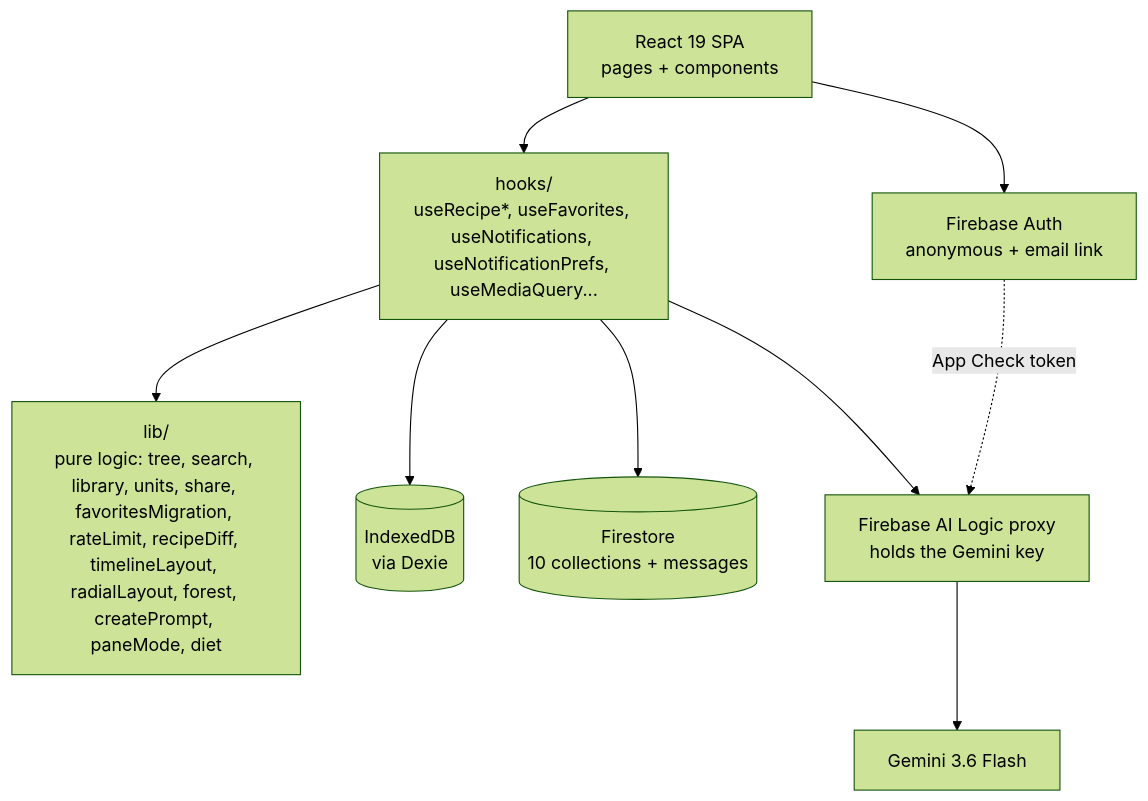
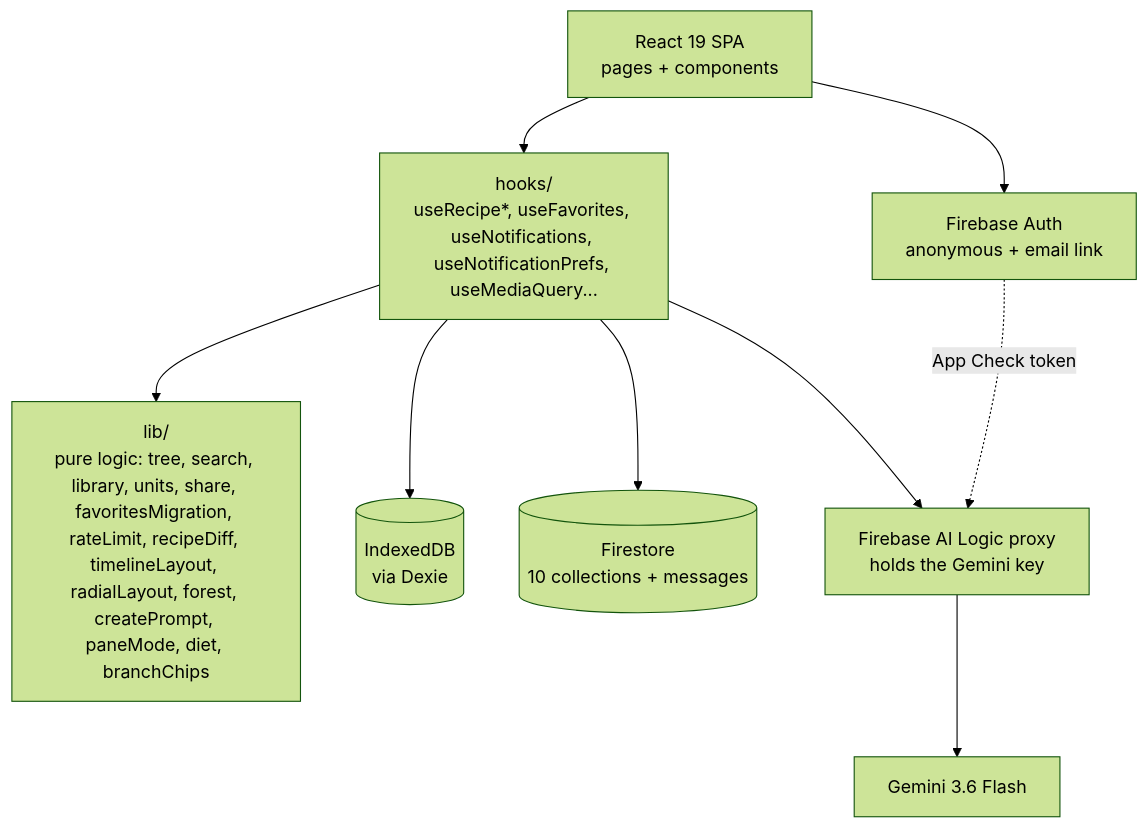
One commit to hpeppitt/recipe-app changed the diagram in docs/architecture.md. Above: the diagram before and after it, drawn with Mermaid (forest theme). The commit also changed other lines of this file and 6 other files, not shown here.

First line of the commit message:
RL-177: Pure helpers in src/lib tag a dedup match Same or Similar, order the branch chips by what the family was branched for before, and split them into untried and already-a-branch (#200)

````diff
--- a/docs/architecture.md
+++ b/docs/architecture.md
@@ -12,20 +12,20 @@
 ```mermaid
 flowchart TD
     UI[React 19 SPA<br/>pages + components]
     Hooks[hooks/<br/>useRecipe*, useFavorites, useNotifications, useNotificationPrefs, useMediaQuery...]
-    Lib[lib/<br/>pure logic: tree, search, library, units, share, favoritesMigration, rateLimit, recipeDiff, timelineLayout, radialLayout, forest, createPrompt, paneMode, diet]
+    Lib[lib/<br/>pure logic: tree, search, library, units, share, favoritesMigration, rateLimit, recipeDiff, timelineLayout, radialLayout, forest, createPrompt, paneMode, diet, branchChips]
     Dexie[(IndexedDB<br/>via Dexie)]
     FS[(Firestore<br/>10 collections + messages)]
     Auth[Firebase Auth<br/>anonymous + email link]
     AILogic[Firebase AI Logic proxy<br/>holds the Gemini key]
     Gemini[Gemini 3.6 Flash]
 
     UI --> Hooks
     Hooks --> Lib
     Hooks --> Dexie
     Hooks --> FS
     Hooks --> AILogic
     UI --> Auth
     AILogic --> Gemini
     Auth -. App Check token .-> AILogic
 ```
````
